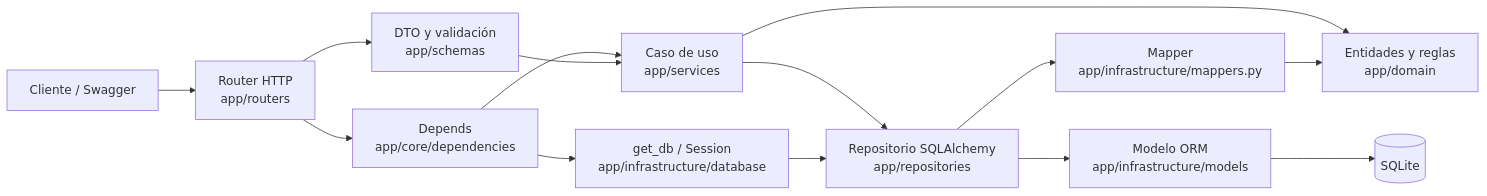
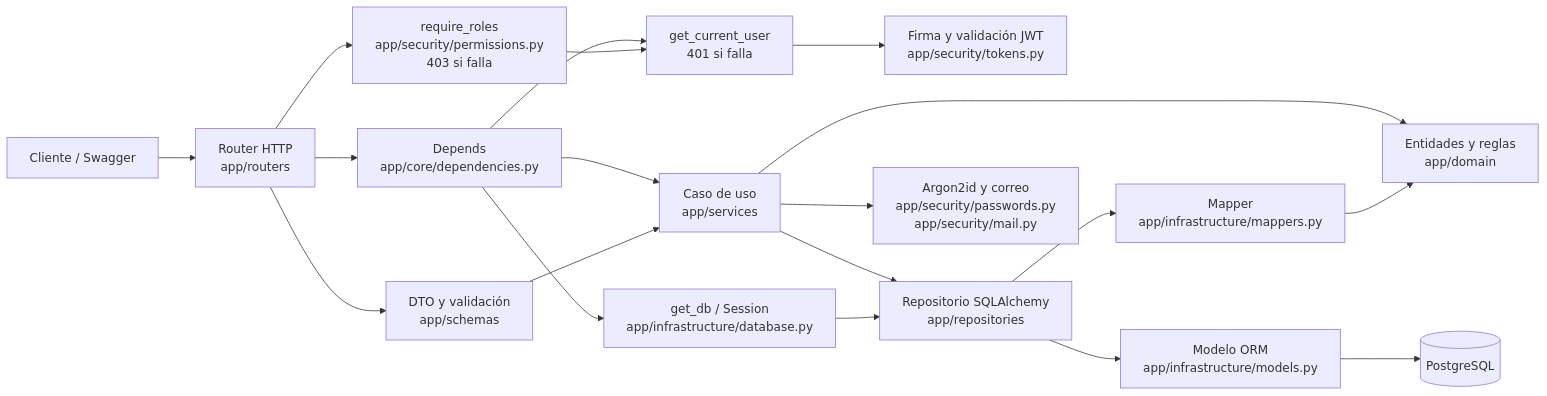
One commit to Cristobaaaal/backend-grupo1-sec3 changed the third of 5 diagrams in docs/diagramas.md. Above: the diagram before and after it, drawn with Mermaid. The commit also changed other lines of this file, not shown here.

Commit message:
docs(diagramas): actualizar diagramas a PostgreSQL, seguridad, sesiones y recuperacion

```diff
--- a/docs/diagramas.md
+++ b/docs/diagramas.md
@@ -176,16 +202,21 @@
 ~~~mermaid
 flowchart LR
     Cliente["Cliente / Swagger"] --> Router["Router HTTP<br/>app/routers"]
     Router --> DTO["DTO y validación<br/>app/schemas"]
-    Router --> DI["Depends<br/>app/core/dependencies"]
-    DI --> Sesion["get_db / Session<br/>app/infrastructure/database"]
+    Router --> DI["Depends<br/>app/core/dependencies.py"]
+    DI --> Auth["get_current_user<br/>401 si falla"]
+    Auth --> Tokens["Firma y validación JWT<br/>app/security/tokens.py"]
+    Router --> Permisos["require_roles<br/>app/security/permissions.py<br/>403 si falla"]
+    Permisos --> Auth
+    DI --> Sesion["get_db / Session<br/>app/infrastructure/database.py"]
     DI --> Servicio["Caso de uso<br/>app/services"]
     DTO --> Servicio
     Servicio --> Dominio["Entidades y reglas<br/>app/domain"]
     Servicio --> Repositorio["Repositorio SQLAlchemy<br/>app/repositories"]
+    Servicio --> Seguridad["Argon2id y correo<br/>app/security/passwords.py<br/>app/security/mail.py"]
     Sesion --> Repositorio
     Repositorio --> Mapper["Mapper<br/>app/infrastructure/mappers.py"]
     Mapper --> Dominio
-    Repositorio --> ORM["Modelo ORM<br/>app/infrastructure/models"]
-    ORM --> SQLite[(SQLite)]
+    Repositorio --> ORM["Modelo ORM<br/>app/infrastructure/models.py"]
+    ORM --> PG[(PostgreSQL)]
 ~~~
```
